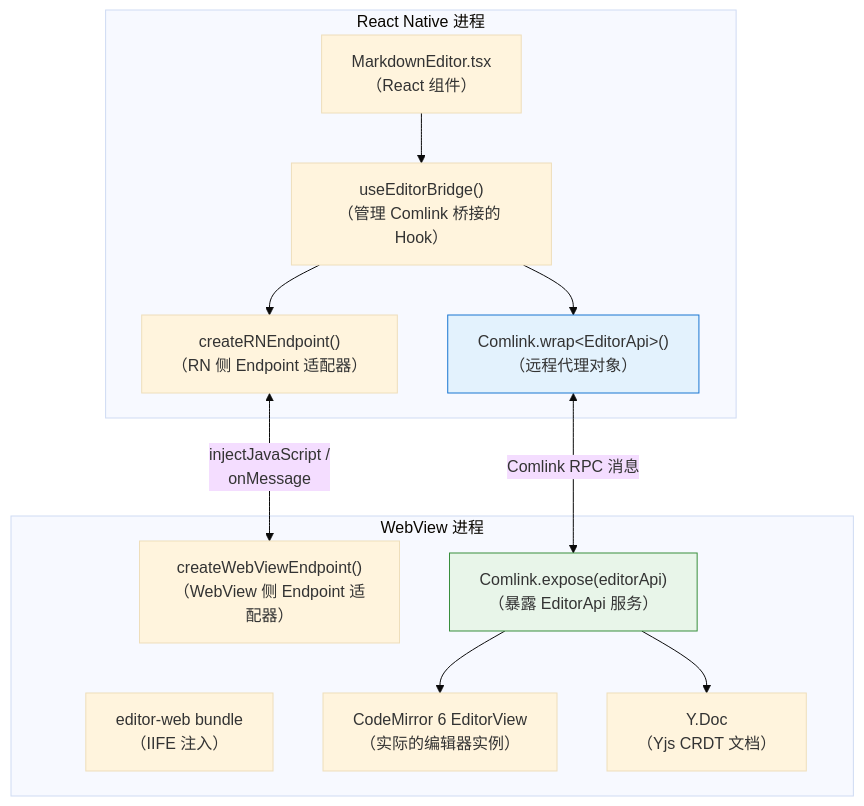
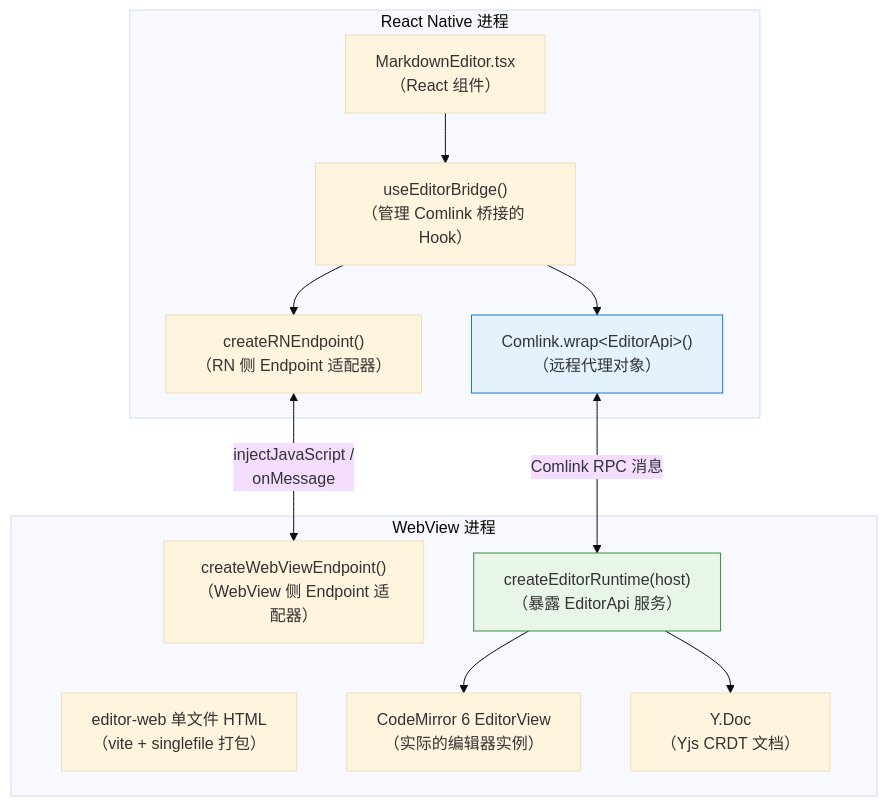
Before and after one commit to yexiyue/SwarmNote-RN: the fifth of 18 diagrams in dev-notes/blog/comlink-codemirror-rn-integration.md, drawn with Mermaid (base theme). The commit also changed other lines of this file and 47 other files, not shown here.

First line of the commit message:
refactor: fix Comlink bridge issues, split editor-web into modules, migrate build to Vite

````diff
--- a/dev-notes/blog/comlink-codemirror-rn-integration.md
+++ b/dev-notes/blog/comlink-codemirror-rn-integration.md
@@ -126,28 +126,28 @@
 ```mermaid
 graph TB
     subgraph "React Native 进程"
         A["MarkdownEditor.tsx<br/>（React 组件）"]
         B["useEditorBridge()<br/>（管理 Comlink 桥接的 Hook）"]
         C["createRNEndpoint()<br/>（RN 侧 Endpoint 适配器）"]
         D["Comlink.wrap&lt;EditorApi&gt;()<br/>（远程代理对象）"]
     end
     
     subgraph "WebView 进程"
-        E["editor-web bundle<br/>（IIFE 注入）"]
+        E["editor-web 单文件 HTML<br/>（vite + singlefile 打包）"]
         F["createWebViewEndpoint()<br/>（WebView 侧 Endpoint 适配器）"]
-        G["Comlink.expose(editorApi)<br/>（暴露 EditorApi 服务）"]
+        G["createEditorRuntime(host)<br/>（暴露 EditorApi 服务）"]
         H["CodeMirror 6 EditorView<br/>（实际的编辑器实例）"]
         I["Y.Doc<br/>（Yjs CRDT 文档）"]
     end
     
     A --> B
     B --> C
     B --> D
     C <-->|"injectJavaScript /<br/>onMessage"| F
     D <-->|"Comlink RPC 消息"| G
     G --> H
     G --> I
     
     style D fill:#e3f2fd,stroke:#1976d2
     style G fill:#e8f5e9,stroke:#388e3c
 ```
````
